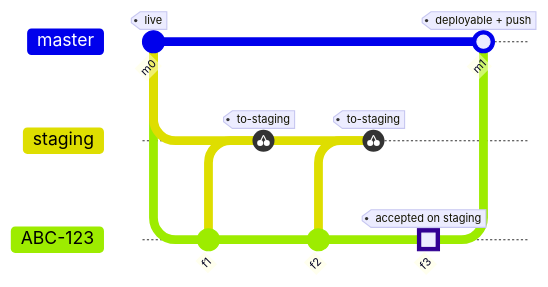
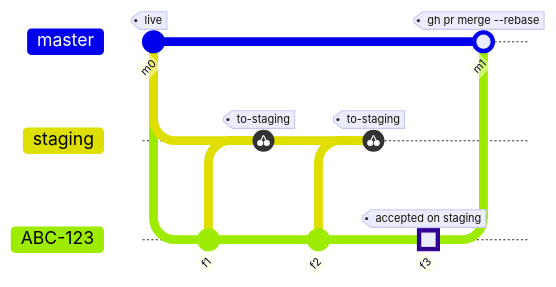
Before and after one commit to lecturio/workflows: the diagram in docs/concepts.md, drawn with Mermaid. The commit also changed other lines of this file and 14 other files, not shown here.

First line of the commit message:
Remove deployable in favour of gh pr merge --rebase

````diff
--- a/docs/concepts.md
+++ b/docs/concepts.md
@@ -24,20 +24,20 @@
 ```mermaid
 %%{init: { 'gitGraph': { 'mainBranchName': 'master' } }}%%
 gitGraph
   commit id: "m0" tag: "live"
   branch staging
   checkout staging
   checkout master
   branch "ABC-123"
   commit id: "f1"
   checkout staging
   cherry-pick id: "f1" tag: "to-staging"
   checkout "ABC-123"
   commit id: "f2"
   checkout staging
   cherry-pick id: "f2" tag: "to-staging"
   checkout "ABC-123"
   commit id: "f3" type: HIGHLIGHT tag: "accepted on staging"
   checkout master
-  merge "ABC-123" id: "m1" tag: "deployable + push"
+  merge "ABC-123" id: "m1" tag: "gh pr merge --rebase"
 ```
````
